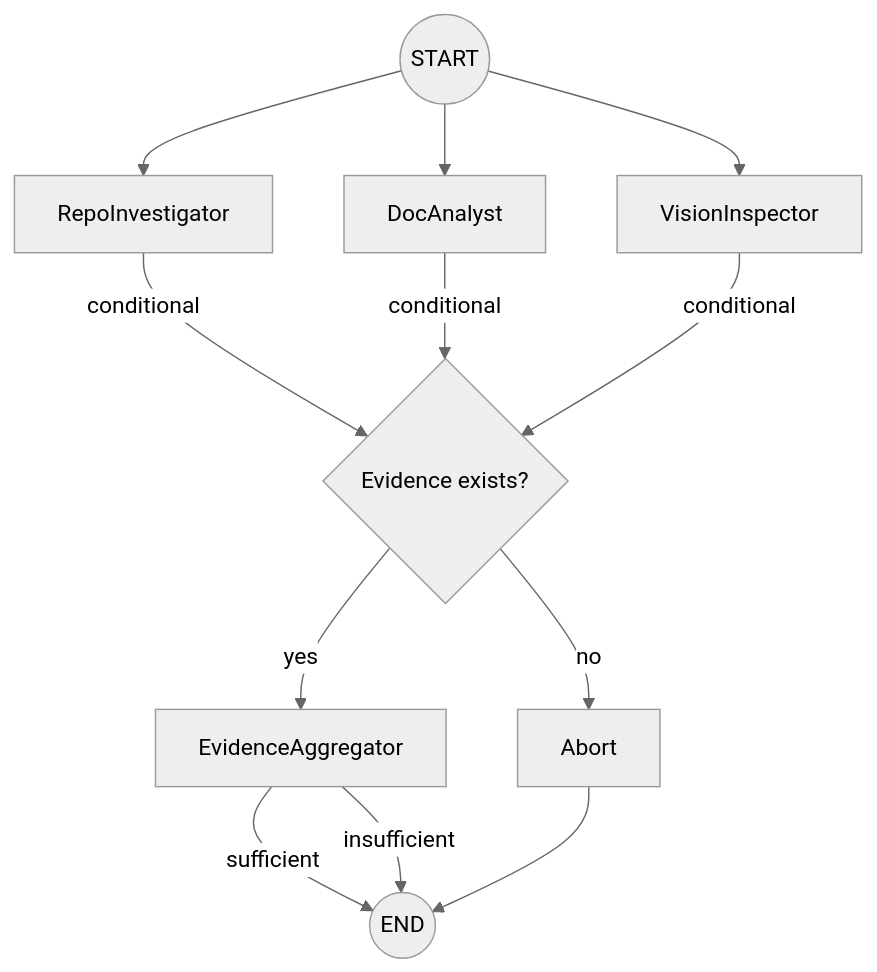
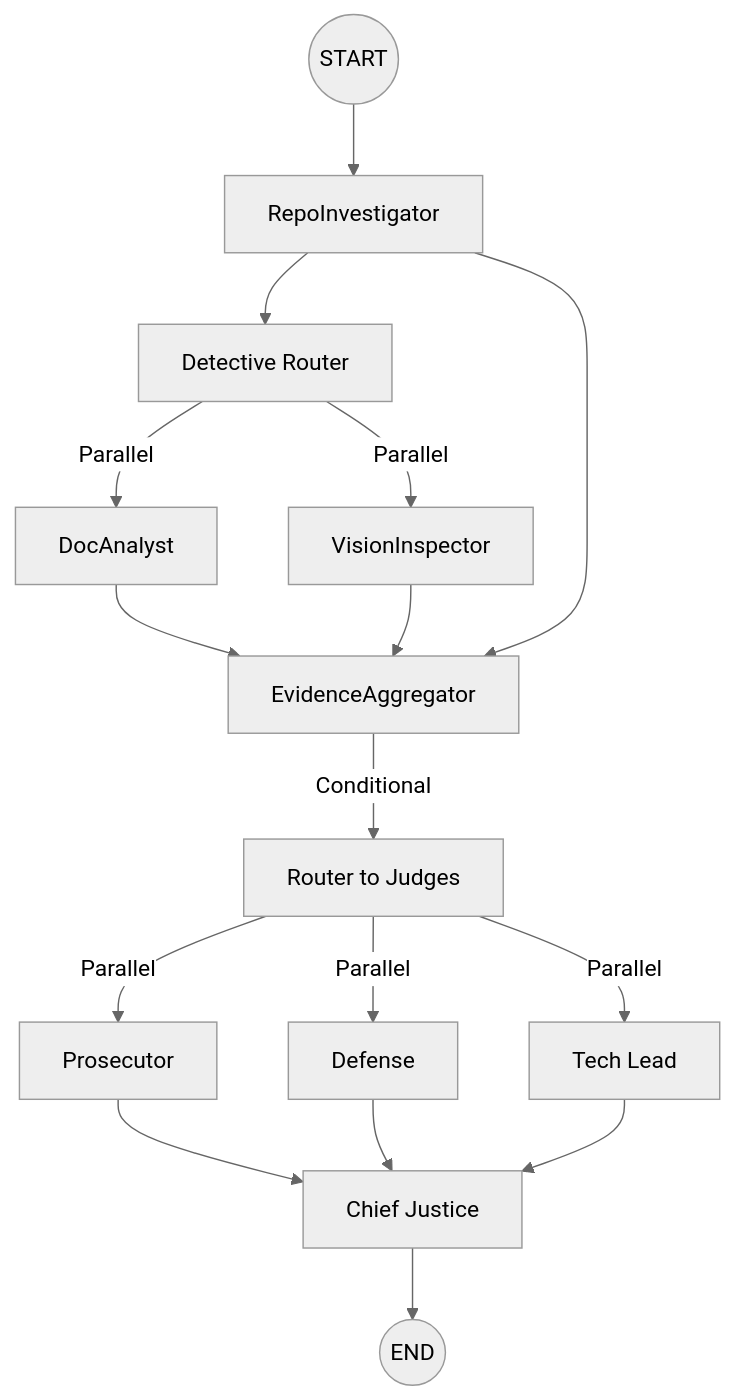
Before and after one commit to Mistire/automaton-auditor: the diagram in README.md, drawn with Mermaid (neutral theme). The commit also changed other lines of this file and 9 other files, not shown here.

````diff
--- a/README.md
+++ b/README.md
@@ -15,17 +22,24 @@
 ```mermaid
 graph TD
     START((START)) --> RI[RepoInvestigator]
-    START --> DA[DocAnalyst]
-    START --> VI[VisionInspector]
+    RI --> DR[Detective Router]
 
-    RI -->|conditional| CHECK{Evidence exists?}
-    DA -->|conditional| CHECK
-    VI -->|conditional| CHECK
+    DR -->|Parallel| DA[DocAnalyst]
+    DR -->|Parallel| VI[VisionInspector]
 
-    CHECK -->|yes| AGG[EvidenceAggregator]
-    CHECK -->|no| ABORT[Abort]
+    DA --> EA[EvidenceAggregator]
+    VI --> EA
+    RI --> EA
 
-    AGG -->|sufficient| END((END))
-    AGG -->|insufficient| END
-    ABORT --> END
+    EA -->|Conditional| RJ[Router to Judges]
+
+    RJ -->|Parallel| PROS[Prosecutor]
+    RJ -->|Parallel| DEF[Defense]
+    RJ -->|Parallel| TL[Tech Lead]
+
+    PROS --> CJ[Chief Justice]
+    DEF --> CJ
+    TL --> CJ
+
+    CJ --> END((END))
 ```
````
